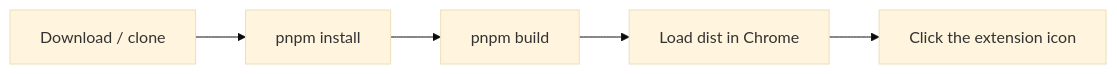
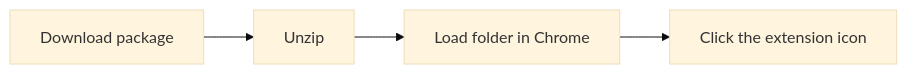
Before and after one commit to KaichenCurry/TabNexus: the second of 3 diagrams in docs/README.en.md, drawn with Mermaid (base theme). The commit also changed other lines of this file and 8 other files, not shown here.

````diff
--- a/docs/README.en.md
+++ b/docs/README.en.md
@@ -97,4 +65,4 @@
 ```mermaid
 flowchart LR
-    A["Download / clone"] --> B["pnpm install"] --> C["pnpm build"] --> D["Load dist in Chrome"] --> E["Click the extension icon"]
+    A["Download package"] --> B["Unzip"] --> C["Load folder in Chrome"] --> D["Click the extension icon"]
 ```
````
